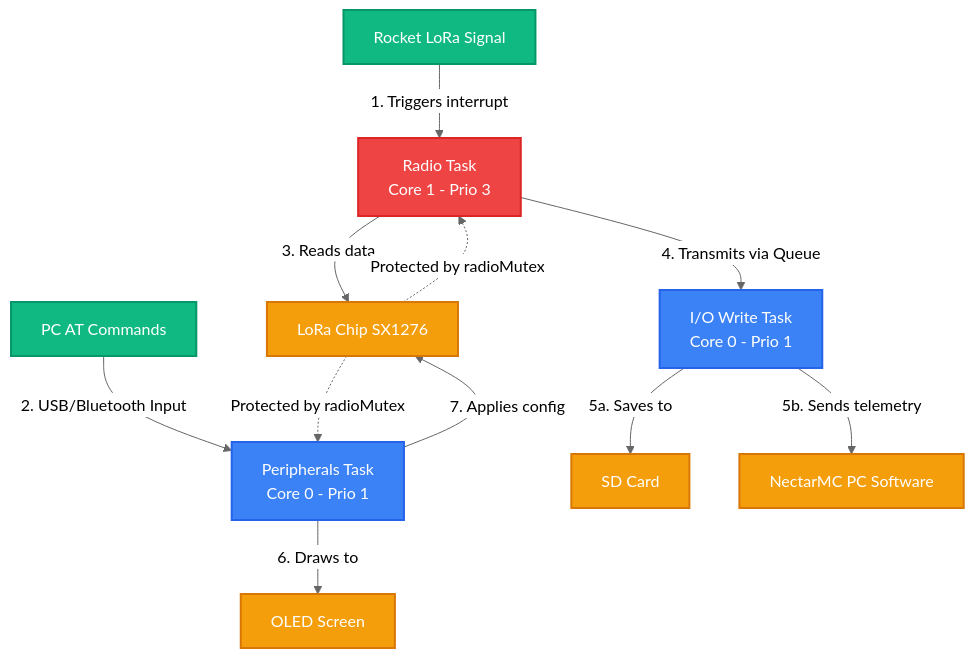
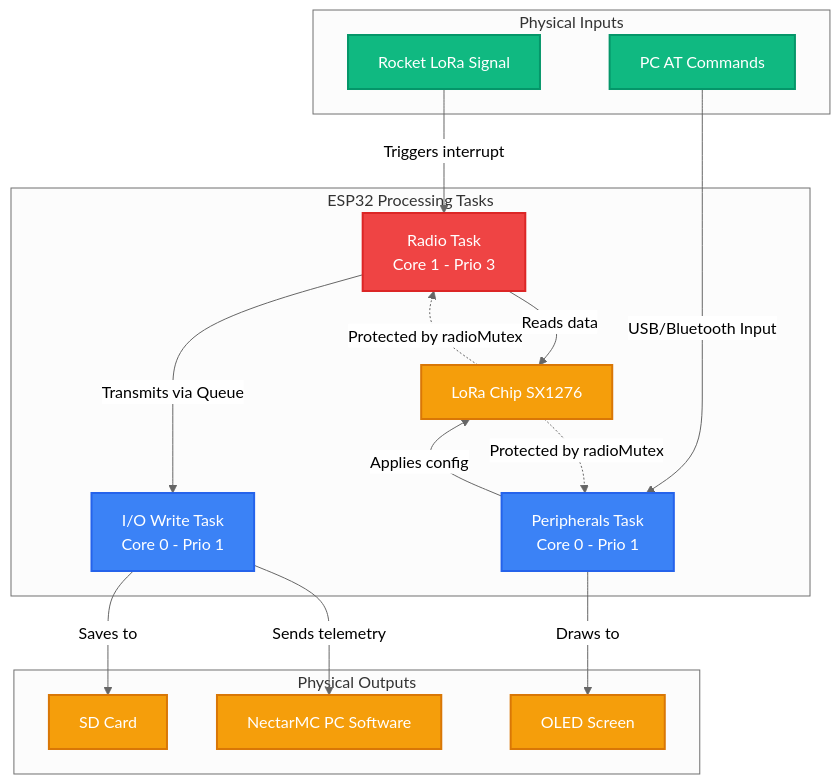
One commit to axpaul/RocketStation-LoRa32 changed the diagram in README.md. Above: the diagram before and after it, drawn with Mermaid (neutral theme).

Commit message:
docs: remove step numbers and group components into clean subgraphs in README.md Mermaid diagram

````diff
--- a/README.md
+++ b/README.md
@@ -152,27 +152,43 @@
 ```mermaid
 graph TD
     %% Color Styles
     classDef highPrio fill:#ef4444,stroke:#dc2626,stroke-width:2px,color:#fff;
     classDef normPrio fill:#3b82f6,stroke:#2563eb,stroke-width:2px,color:#fff;
     classDef hwStyle fill:#f59e0b,stroke:#d97706,stroke-width:2px,color:#fff;
     classDef inputStyle fill:#10b981,stroke:#059669,stroke-width:2px,color:#fff;
 
-    %% 1. Inputs (Incoming data to the station)
-    SignalLoRa[Rocket LoRa Signal]:::inputStyle -->|1. Triggers interrupt| TacheRadio[Radio Task <br/> Core 1 - Prio 3]:::highPrio
-    ConsolePC[PC AT Commands]:::inputStyle -->|2. USB/Bluetooth Input| TachePeriph[Peripherals Task <br/> Core 0 - Prio 1]:::normPrio
+    subgraph Inputs [Physical Inputs]
+        SignalLoRa[Rocket LoRa Signal]:::inputStyle
+        ConsolePC[PC AT Commands]:::inputStyle
+    end
 
-    %% 2. Tasks inside the ESP32
-    TacheRadio -->|3. Reads data| PuceLoRa[LoRa Chip SX1276]:::hwStyle
-    TacheRadio -->|4. Transmits via Queue| TacheEcriture[I/O Write Task <br/> Core 0 - Prio 1]:::normPrio
+    subgraph ESP32 [ESP32 Processing Tasks]
+        TacheRadio[Radio Task <br/> Core 1 - Prio 3]:::highPrio
+        TacheEcriture[I/O Write Task <br/> Core 0 - Prio 1]:::normPrio
+        TachePeriph[Peripherals Task <br/> Core 0 - Prio 1]:::normPrio
+        PuceLoRa[LoRa Chip SX1276]:::hwStyle
+    end
 
-    %% 3. Outputs (Written by the station)
-    TacheEcriture -->|5a. Saves to| CarteSD[SD Card]:::hwStyle
-    TacheEcriture -->|5b. Sends telemetry| LogicielPC[NectarMC PC Software]:::hwStyle
+    subgraph Outputs [Physical Outputs]
+        CarteSD[SD Card]:::hwStyle
+        LogicielPC[NectarMC PC Software]:::hwStyle
+        OLED[OLED Screen]:::hwStyle
+    end
+
+    %% Flows
+    SignalLoRa -->|Triggers interrupt| TacheRadio
+    ConsolePC -->|USB/Bluetooth Input| TachePeriph
+
+    TacheRadio -->|Reads data| PuceLoRa
+    TacheRadio -->|Transmits via Queue| TacheEcriture
+
+    TacheEcriture -->|Saves to| CarteSD
+    TacheEcriture -->|Sends telemetry| LogicielPC
     
-    TachePeriph -->|6. Draws to| OLED[OLED Screen]:::hwStyle
-    TachePeriph -->|7. Applies config| PuceLoRa
+    TachePeriph -->|Draws to| OLED
+    TachePeriph -->|Applies config| PuceLoRa
 
-    %% 4. Security Lock
+    %% Security Lock
     PuceLoRa -.->|Protected by radioMutex| TacheRadio
     PuceLoRa -.->|Protected by radioMutex| TachePeriph
 ```
````
